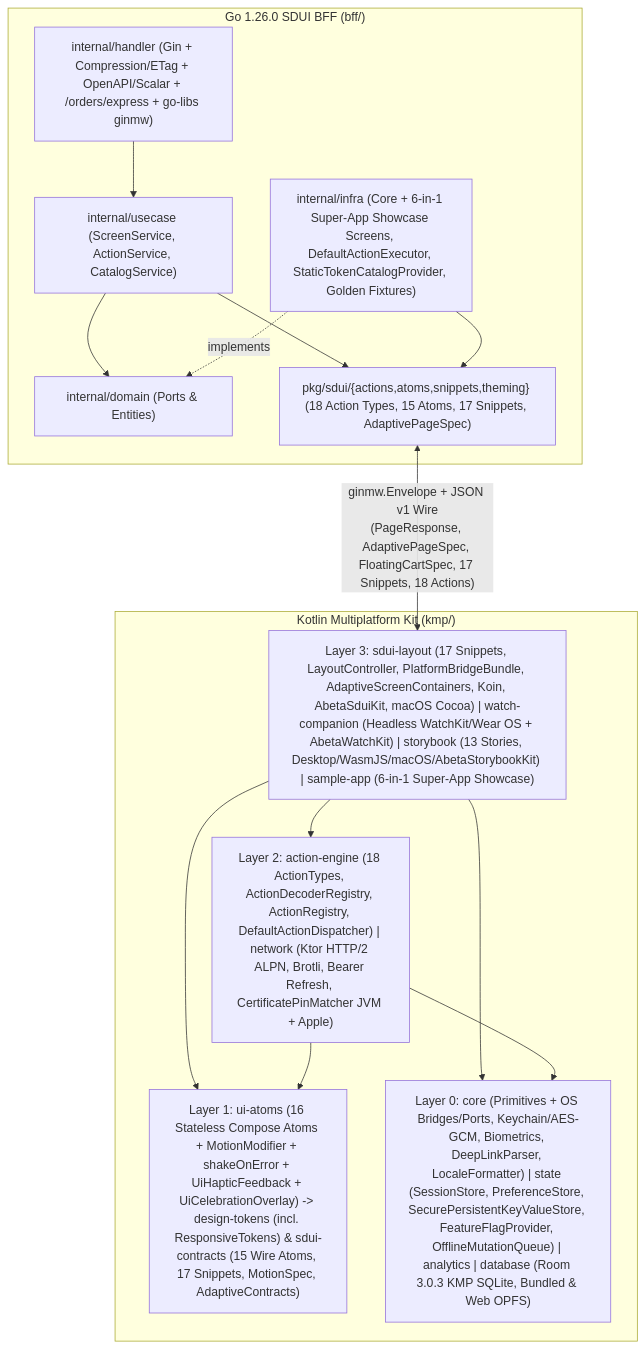
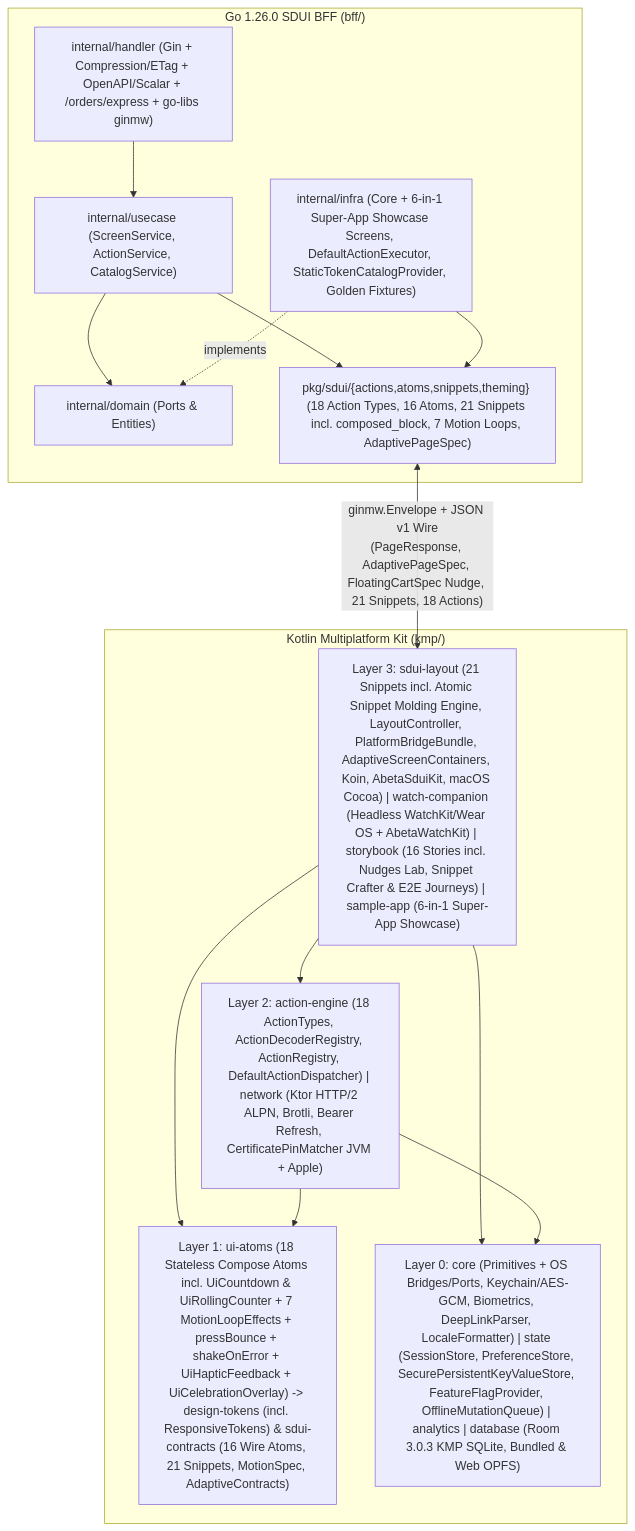
Before and after one commit to Abeta-dev/kmp: the diagram in README.md, drawn with Mermaid. The commit also changed other lines of this file and 75 other files, not shown here.

First line of the commit message:
feat(sdui): Wave 6 animation nudges, Atomic Snippet Molding Engine (composed_block), & 16-story E2E Storybook

````diff
--- a/README.md
+++ b/README.md
@@ -43,29 +43,29 @@
 ```mermaid
 flowchart TB
     subgraph BFF["Go 1.26.0 SDUI BFF (bff/)"]
         BFF_H["internal/handler (Gin + Compression/ETag + OpenAPI/Scalar + /orders/express + go-libs ginmw)"]
         BFF_U["internal/usecase (ScreenService, ActionService, CatalogService)"]
         BFF_D["internal/domain (Ports & Entities)"]
         BFF_I["internal/infra (Core + 6-in-1 Super-App Showcase Screens, DefaultActionExecutor, StaticTokenCatalogProvider, Golden Fixtures)"]
-        BFF_P["pkg/sdui/{actions,atoms,snippets,theming} (18 Action Types, 15 Atoms, 17 Snippets, AdaptivePageSpec)"]
+        BFF_P["pkg/sdui/{actions,atoms,snippets,theming} (18 Action Types, 16 Atoms, 21 Snippets incl. composed_block, 7 Motion Loops, AdaptivePageSpec)"]
         BFF_H --> BFF_U --> BFF_D
         BFF_I -. "implements" .-> BFF_D
         BFF_U --> BFF_P
         BFF_I --> BFF_P
     end
 
     subgraph KMP["Kotlin Multiplatform Kit (kmp/)"]
-        L3["Layer 3: sdui-layout (17 Snippets, LayoutController, PlatformBridgeBundle, AdaptiveScreenContainers, Koin, AbetaSduiKit, macOS Cocoa) | watch-companion (Headless WatchKit/Wear OS + AbetaWatchKit) | storybook (13 Stories, Desktop/WasmJS/macOS/AbetaStorybookKit) | sample-app (6-in-1 Super-App Showcase)"]
+        L3["Layer 3: sdui-layout (21 Snippets incl. Atomic Snippet Molding Engine, LayoutController, PlatformBridgeBundle, AdaptiveScreenContainers, Koin, AbetaSduiKit, macOS Cocoa) | watch-companion (Headless WatchKit/Wear OS + AbetaWatchKit) | storybook (16 Stories incl. Nudges Lab, Snippet Crafter & E2E Journeys) | sample-app (6-in-1 Super-App Showcase)"]
         L2["Layer 2: action-engine (18 ActionTypes, ActionDecoderRegistry, ActionRegistry, DefaultActionDispatcher) | network (Ktor HTTP/2 ALPN, Brotli, Bearer Refresh, CertificatePinMatcher JVM + Apple)"]
-        L1["Layer 1: ui-atoms (16 Stateless Compose Atoms + MotionModifier + shakeOnError + UiHapticFeedback + UiCelebrationOverlay) -> design-tokens (incl. ResponsiveTokens) & sdui-contracts (15 Wire Atoms, 17 Snippets, MotionSpec, AdaptiveContracts)"]
+        L1["Layer 1: ui-atoms (18 Stateless Compose Atoms incl. UiCountdown & UiRollingCounter + 7 MotionLoopEffects + pressBounce + shakeOnError + UiHapticFeedback + UiCelebrationOverlay) -> design-tokens (incl. ResponsiveTokens) & sdui-contracts (16 Wire Atoms, 21 Snippets, MotionSpec, AdaptiveContracts)"]
         L0["Layer 0: core (Primitives + OS Bridges/Ports, Keychain/AES-GCM, Biometrics, DeepLinkParser, LocaleFormatter) | state (SessionStore, PreferenceStore, SecurePersistentKeyValueStore, FeatureFlagProvider, OfflineMutationQueue) | analytics | database (Room 3.0.3 KMP SQLite, Bundled & Web OPFS)"]
 
         L3 --> L2
         L3 --> L1
         L3 --> L0
         L2 --> L0
         L2 --> L1
     end
 
-    BFF_P <-- "ginmw.Envelope + JSON v1 Wire\n(PageResponse, AdaptivePageSpec, FloatingCartSpec, 17 Snippets, 18 Actions)" --> L3
+    BFF_P <-- "ginmw.Envelope + JSON v1 Wire\n(PageResponse, AdaptivePageSpec, FloatingCartSpec Nudge, 21 Snippets, 18 Actions)" --> L3
 ```
````
